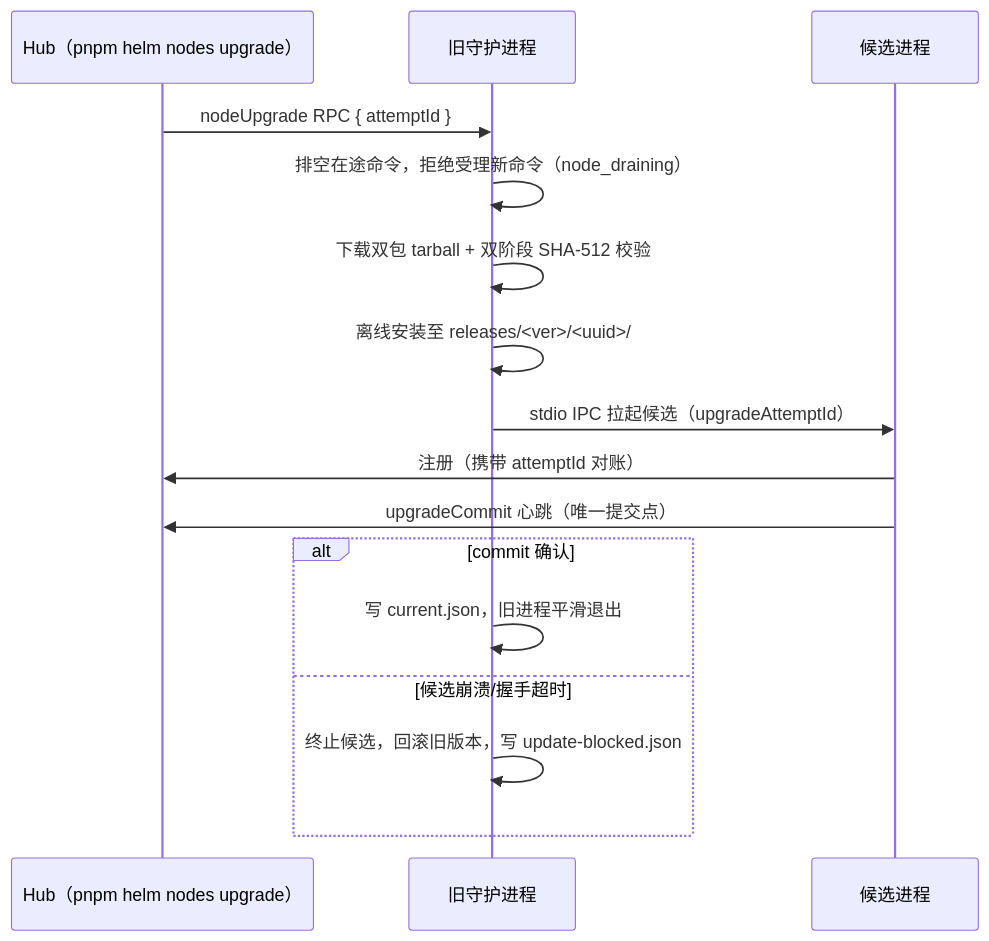
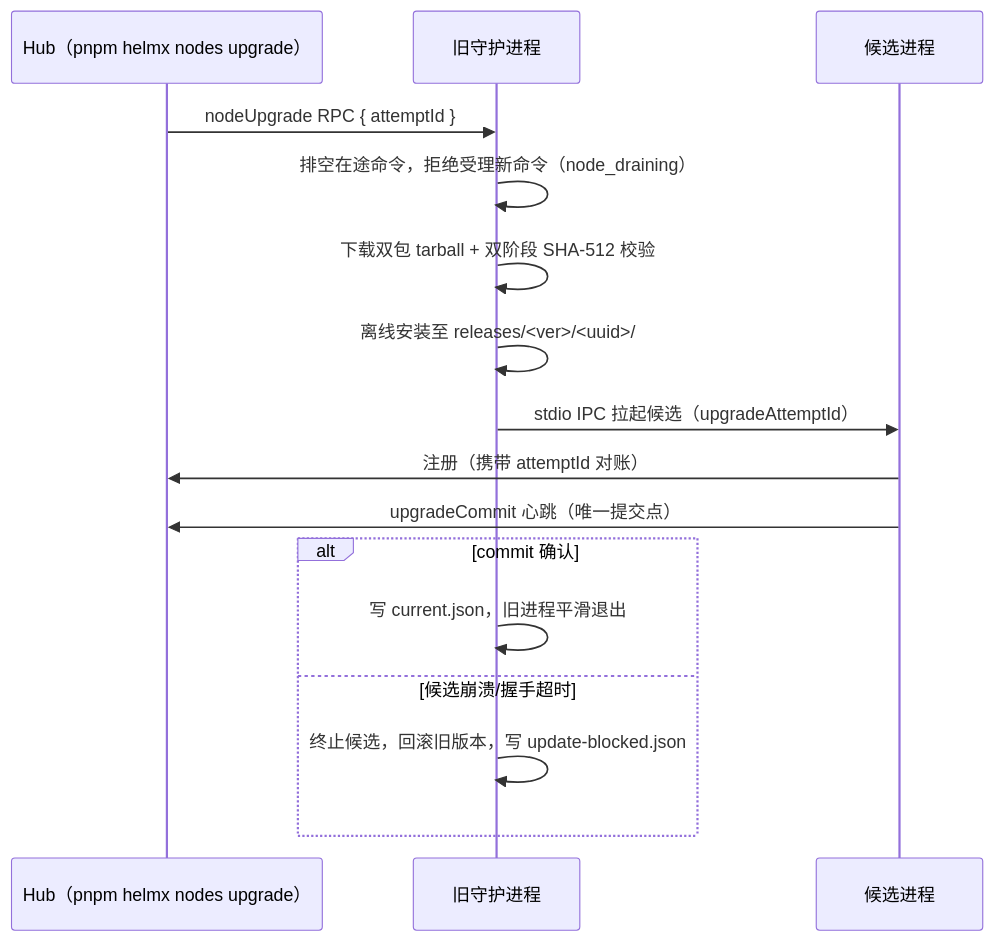
One commit to team4u/helm changed the fourth of 4 diagrams in docs/architecture/envfabric.md. Above: the diagram before and after it, drawn with Mermaid. The commit also changed other lines of this file and 34 other files, not shown here.

````diff
--- a/docs/architecture/envfabric.md
+++ b/docs/architecture/envfabric.md
@@ -195,19 +195,19 @@
 ```mermaid
 sequenceDiagram
-    participant Hub as Hub（pnpm helm nodes upgrade）
+    participant Hub as Hub（pnpm helmx nodes upgrade）
     participant Daemon as 旧守护进程
     participant Candidate as 候选进程
 
     Hub->>Daemon: nodeUpgrade RPC { attemptId }
     Daemon->>Daemon: 排空在途命令，拒绝受理新命令（node_draining）
     Daemon->>Daemon: 下载双包 tarball + 双阶段 SHA-512 校验
     Daemon->>Daemon: 离线安装至 releases/<ver>/<uuid>/
     Daemon->>Candidate: stdio IPC 拉起候选（upgradeAttemptId）
     Candidate->>Hub: 注册（携带 attemptId 对账）
     Candidate->>Hub: upgradeCommit 心跳（唯一提交点）
     alt commit 确认
         Daemon->>Daemon: 写 current.json，旧进程平滑退出
     else 候选崩溃/握手超时
         Daemon->>Daemon: 终止候选，回滚旧版本，写 update-blocked.json
     end
 ```
````
